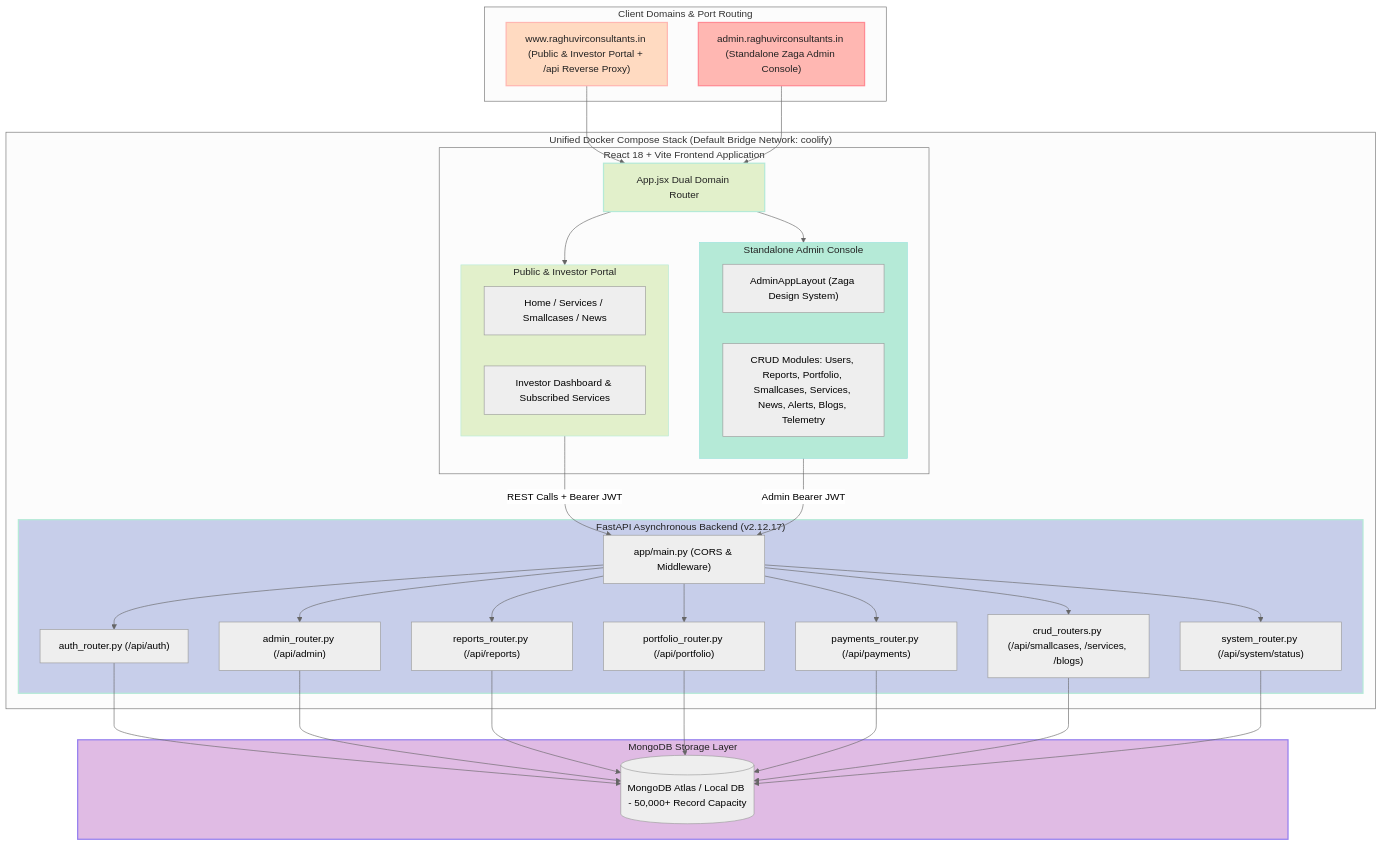
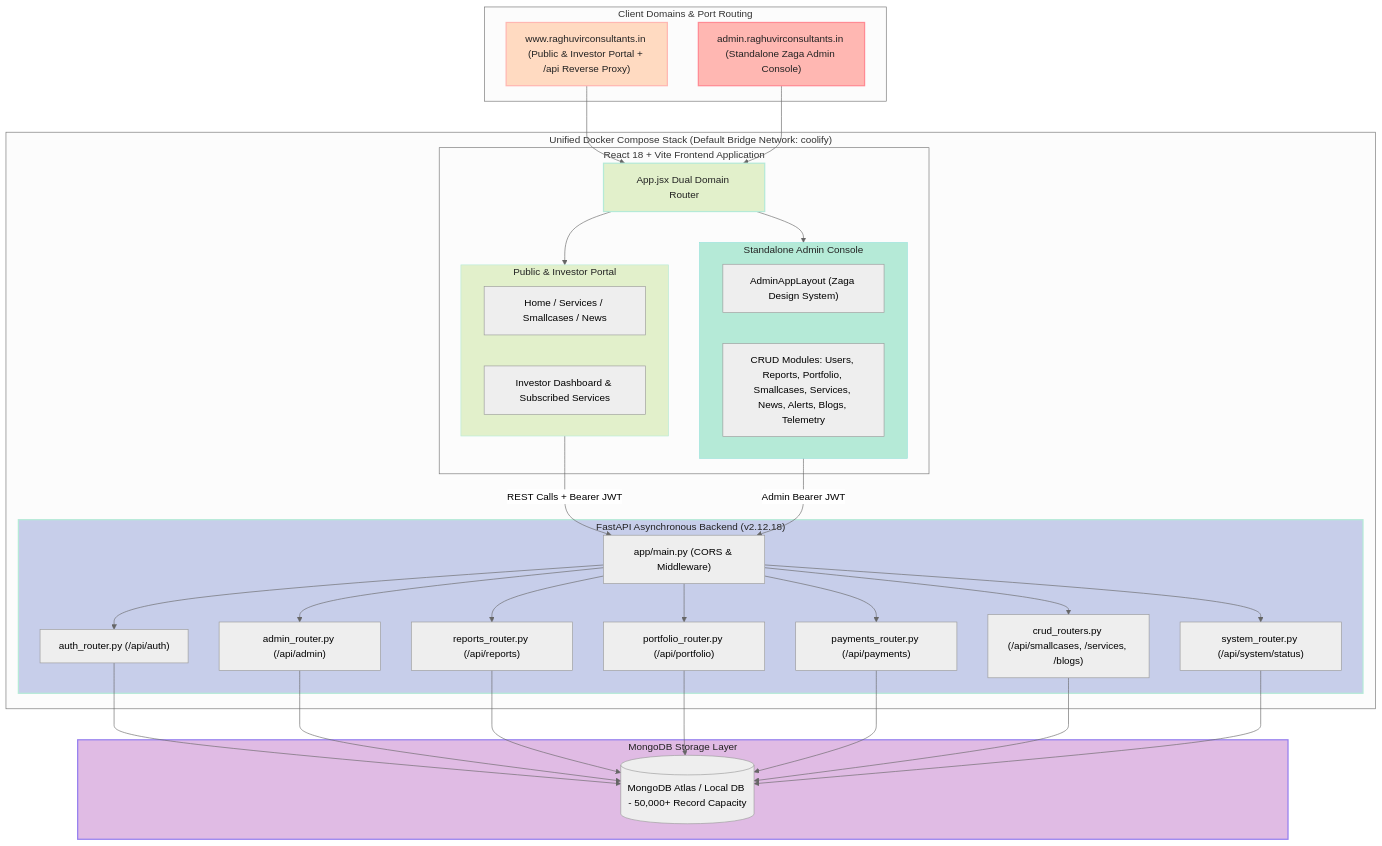
Before and after one commit to tejasrsuthar/raghuvirconsultants-site: the first of 2 diagrams in backend/docs/ARCHITECTURE.md, drawn with Mermaid (neutral theme). The commit also changed other lines of this file and 15 other files, not shown here.

````diff
--- a/backend/docs/ARCHITECTURE.md
+++ b/backend/docs/ARCHITECTURE.md
@@ -14,72 +14,72 @@
 ```mermaid
 graph TD
     subgraph ClientDomains["Client Domains & Port Routing"]
         PublicDomain["www.raghuvirconsultants.in (Public & Investor Portal + /api Reverse Proxy)"]
         AdminDomain["admin.raghuvirconsultants.in (Standalone Zaga Admin Console)"]
     end
 
     subgraph ComposeStack["Unified Docker Compose Stack (Default Bridge Network: coolify)"]
         subgraph ReactFrontend["React 18 + Vite Frontend Application"]
             AppRouter["App.jsx Dual Domain Router"]
             
             subgraph PublicPortal["Public & Investor Portal"]
               PublicViews["Home / Services / Smallcases / News"]
               InvestorPortal["Investor Dashboard & Subscribed Services"]
             end
 
             subgraph ZagaAdmin["Standalone Admin Console"]
               AdminLayout["AdminAppLayout (Zaga Design System)"]
               AdminModules["CRUD Modules: Users, Reports, Portfolio, Smallcases, Services, News, Alerts, Blogs, Telemetry"]
             end
         end
 
-        subgraph FastAPIServer["FastAPI Asynchronous Backend (v2.12.17)"]
+        subgraph FastAPIServer["FastAPI Asynchronous Backend (v2.12.18)"]
             API["app/main.py (CORS & Middleware)"]
             AuthRouter["auth_router.py (/api/auth)"]
             AdminRouter["admin_router.py (/api/admin)"]
             ReportsRouter["reports_router.py (/api/reports)"]
             PortfolioRouter["portfolio_router.py (/api/portfolio)"]
             PaymentsRouter["payments_router.py (/api/payments)"]
             CRUDRouters["crud_routers.py (/api/smallcases, /services, /blogs)"]
             SystemRouter["system_router.py (/api/system/status)"]
         end
     end
 
     subgraph DataStore["MongoDB Storage Layer"]
         MongoDB[(MongoDB Atlas / Local DB - 50,000+ Record Capacity)]
     end
 
     PublicDomain --> AppRouter
     AdminDomain --> AppRouter
 
     AppRouter --> PublicPortal
     AppRouter --> ZagaAdmin
 
     PublicPortal -->|REST Calls + Bearer JWT| API
     ZagaAdmin -->|Admin Bearer JWT| API
 
     API --> AuthRouter
     API --> AdminRouter
     API --> ReportsRouter
     API --> PortfolioRouter
     API --> PaymentsRouter
     API --> CRUDRouters
     API --> SystemRouter
 
     AuthRouter --> MongoDB
     AdminRouter --> MongoDB
     ReportsRouter --> MongoDB
     PortfolioRouter --> MongoDB
     PaymentsRouter --> MongoDB
     CRUDRouters --> MongoDB
     SystemRouter --> MongoDB
 
     %% Pastel Color Palette Styling
     style PublicDomain fill:#FFDAC1,stroke:#FFB7B2,stroke-width:2px,color:#222;
     style AdminDomain fill:#FFB7B2,stroke:#FF8B94,stroke-width:2px,color:#222;
     style AppRouter fill:#E2F0CB,stroke:#B5EAD7,stroke-width:2px,color:#222;
     style PublicPortal fill:#E2F0CB,stroke:#B5EAD7,stroke-width:1px,color:#222;
     style ZagaAdmin fill:#B5EAD7,stroke:#93E1D8,stroke-width:1px,color:#222;
     style FastAPIServer fill:#C7CEEA,stroke:#B5EAD7,stroke-width:2px,color:#222;
     style DataStore fill:#E0BBE4,stroke:#957FEF,stroke-width:2px,color:#222;
 ```
````
